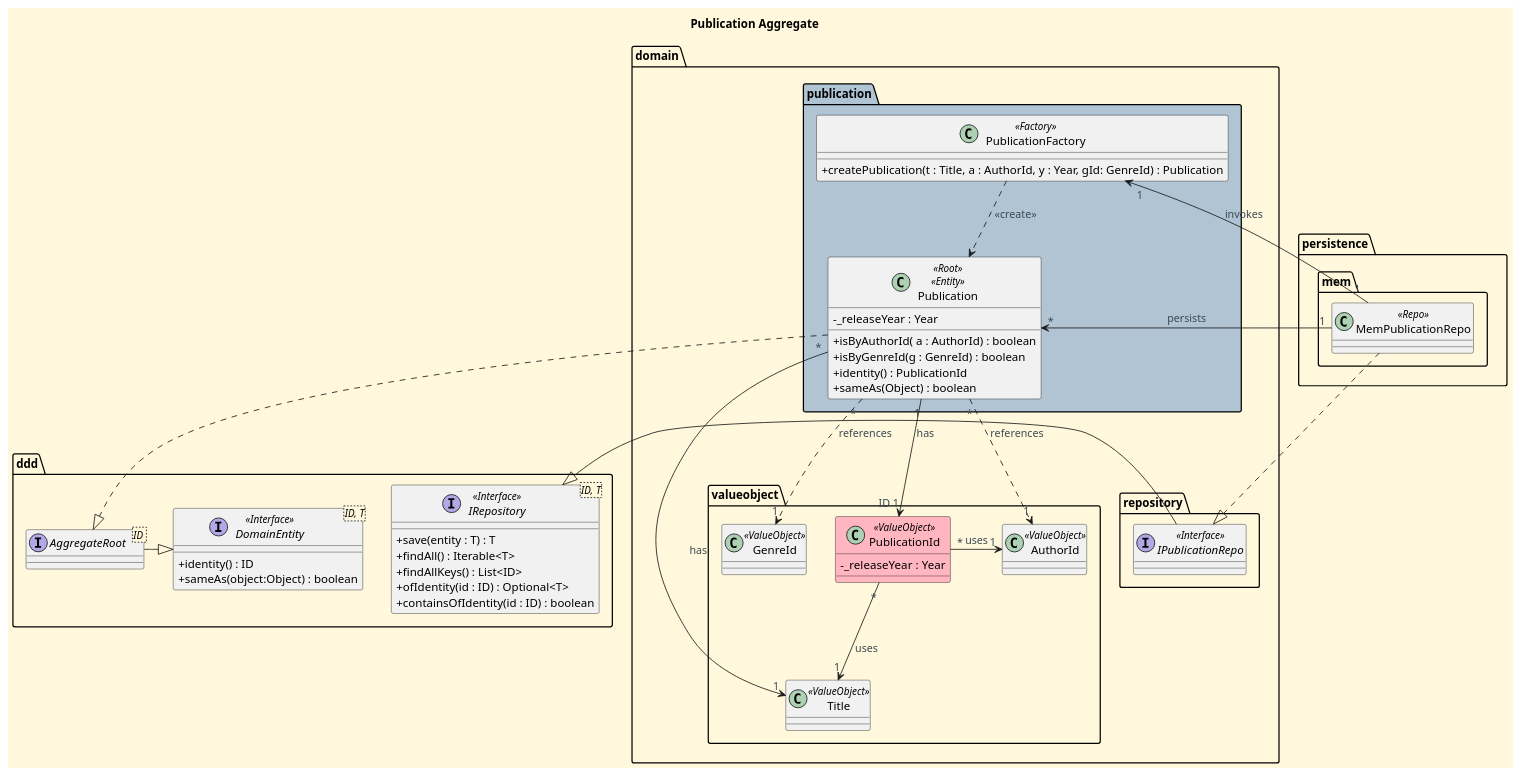
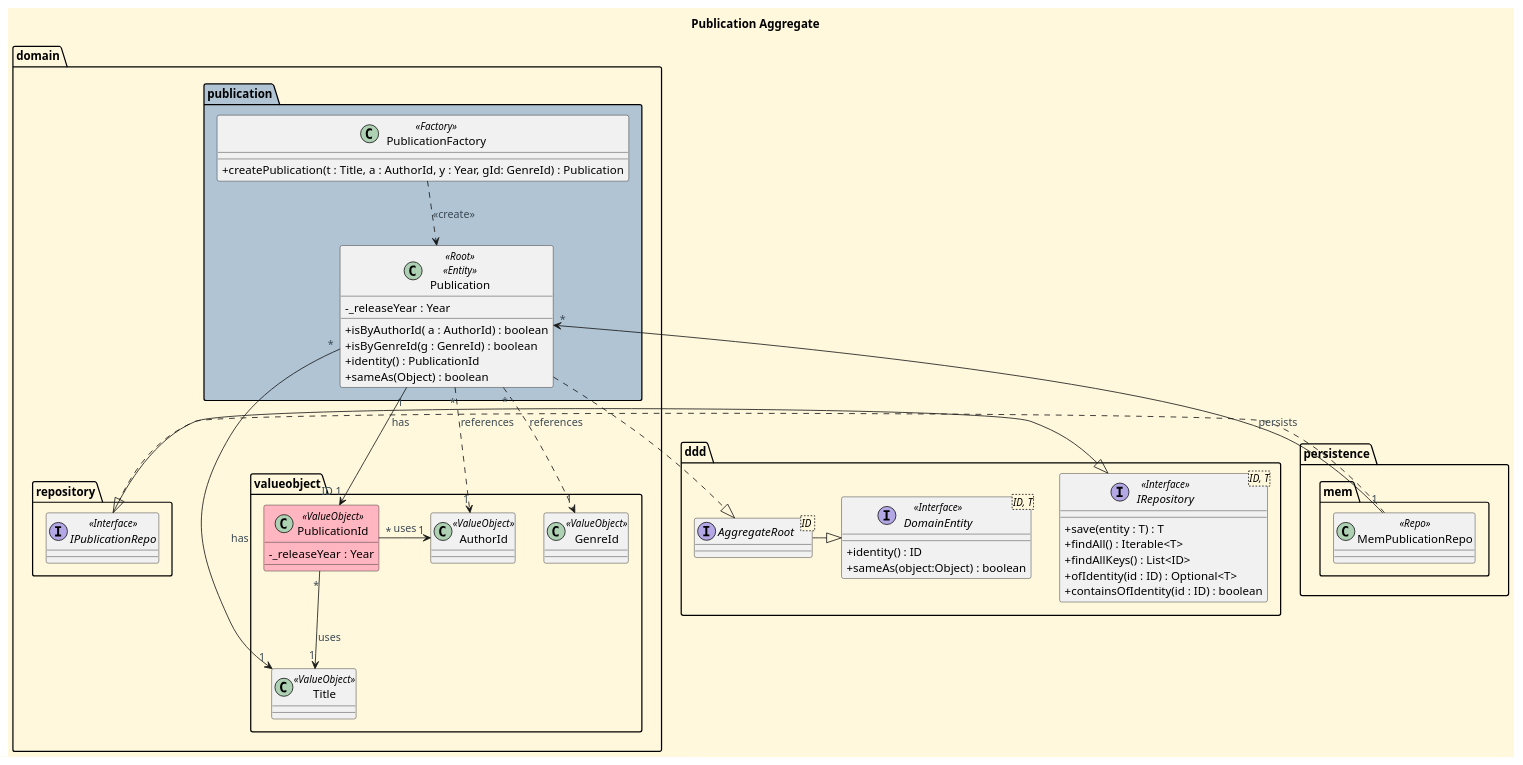
The diagram in docs/aggregates-diagrams/Publication_Aggregate.puml (CarolinaLeite-collab/JavaMarketplacePlatform), drawn with PlantUML before and after one commit.

Commit message:
docs: Minor update to Publication aggregate diagram to remove relation between factory and MemRepo (#600)

```diff
--- a/docs/aggregates-diagrams/Publication_Aggregate.puml
+++ b/docs/aggregates-diagrams/Publication_Aggregate.puml
@@ -1,108 +1,107 @@
 @startuml
 
 '==== Title ====
 title Publication Aggregate
 
 
 '==== basic style ====
 skinparam monochrome false
 skinparam shadowing false
 skinparam defaultFontName Futura
 skinparam objectFontSize 20
 skinparam backgroundColor CornSilk
 skinparam objectBackgroundColor WhiteSmoke
 skinparam noteBackgroundColor #FFFFE0
 skinparam ArrowFontColor #3B4953
 skinparam ActivationBackgroundColor black
 skinparam classAttributeIconSize 0
 
 top to bottom direction
 ' ===== Domain =====
 Package "domain" {
 
     Package "publication" #b0c4d4 {
 
         class Publication <<Root>> <<Entity>> {
             -_releaseYear : Year
             +isByAuthorId( a : AuthorId) : boolean
             +isByGenreId(g : GenreId) : boolean
             +identity() : PublicationId
             +sameAs(Object) : boolean
         }
 
         class PublicationFactory <<Factory>> {
             +createPublication(t : Title, a : AuthorId, y : Year, gId: GenreId) : Publication
         }
 
     }
 
     Package "valueobject"  {
 
         class PublicationId <<ValueObject>> #LightPink {
            - _releaseYear : Year
 
         }
 
         class Title <<ValueObject>> {
         }
 
         class AuthorId <<ValueObject>> {
         }
 
         class GenreId <<ValueObject>>{
         }
 
 
 
     }
 
     Package "repository"   {
         interface IPublicationRepo <<Interface>>
     }
 
     Publication -[hidden]right- IPublicationRepo
     PublicationId -[hidden]right- IPublicationRepo
 
 }
 
 Package "ddd" {
     interface IRepository<ID, T> <<Interface>> {
         +save(entity : T) : T
         +findAll() : Iterable<T>
         +findAllKeys() : List<ID>
         +ofIdentity(id : ID) : Optional<T>
         +containsOfIdentity(id : ID) : boolean
     }
     interface AggregateRoot <ID >{
              }
     interface DomainEntity<ID, T> <<Interface>> {
               +identity() : ID
               +sameAs(object:Object) : boolean
     }
 }
 
 ' ===== Persistence =====
 Package "persistence" {
      package "mem"  {
      class MemPublicationRepo <<Repo>>
     }
 }
 
 ' ===== Relations =====
 Publication "1" --> "ID 1" PublicationId : has
 Publication "*"-> "1" Title : has
 Publication "*"..> "1" AuthorId : references
 Publication "*"..> "1" GenreId : references
 
 PublicationId "*" --> "1" Title : uses
 PublicationId "*" -> "1" AuthorId : uses
 
 IPublicationRepo -|> IRepository
 MemPublicationRepo ..|> IPublicationRepo
 Publication "*" <-- "1" MemPublicationRepo : persists
-PublicationFactory "1"<-- "1" MemPublicationRepo : invokes
 PublicationFactory ..> Publication : <<create>>
 
 AggregateRoot -|> DomainEntity
 Publication .|> AggregateRoot
 @enduml
```
